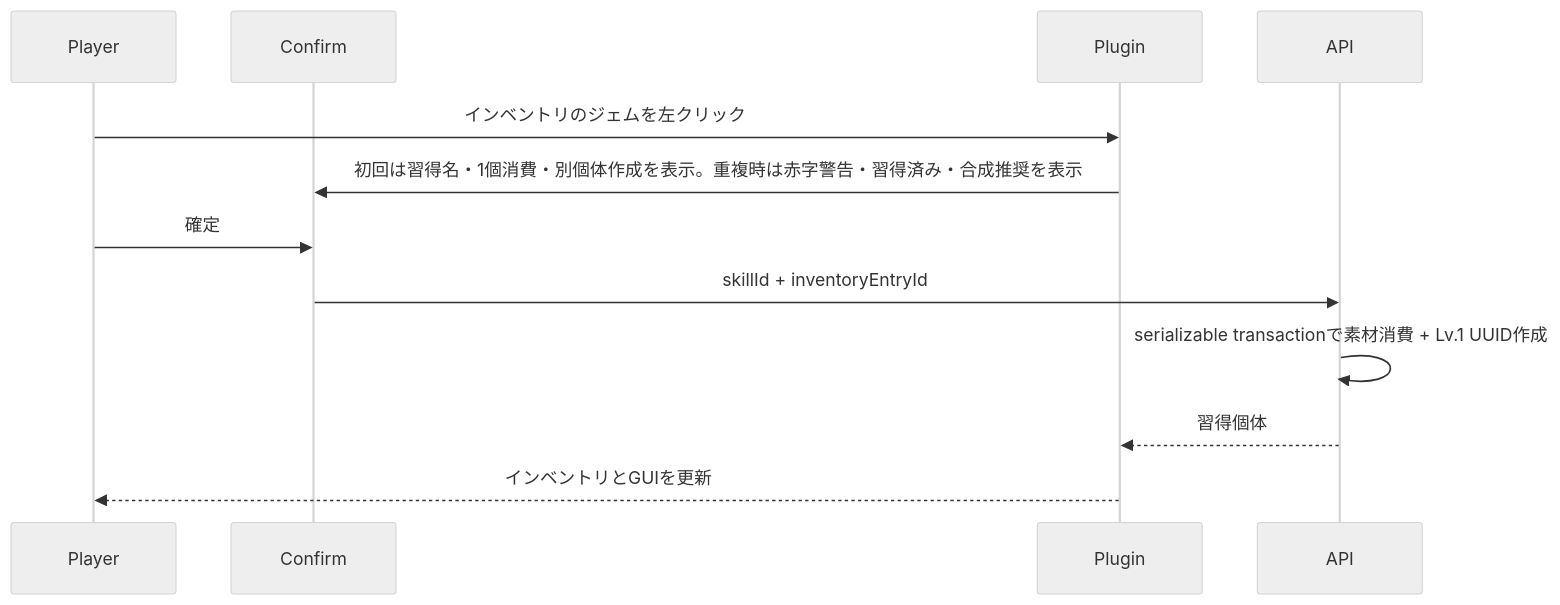
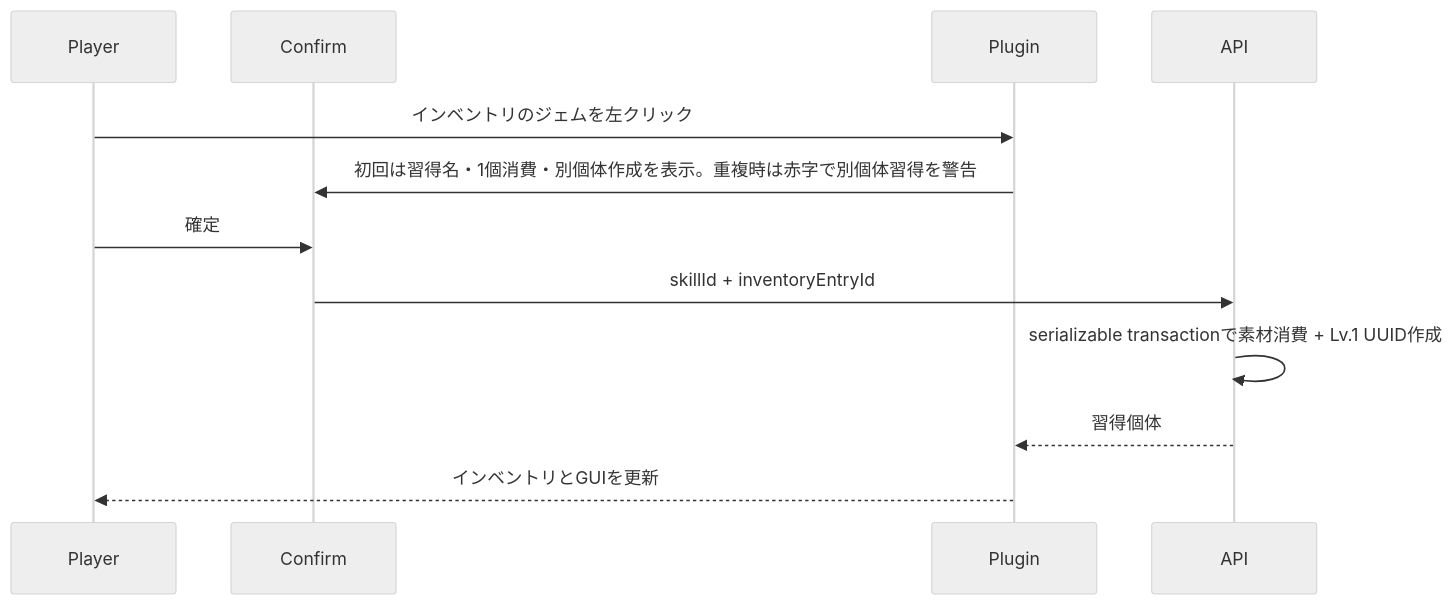
The second of 3 diagrams in 00_docs/10_Plugin設計書/feature/13-skill/4-統合フロー/13_4-スキルバインドGUI.md (maaasu/AstralRecord-Workspace), drawn with Mermaid (neutral theme) before and after one commit. The commit also changed other lines of this file and 41 other files, not shown here.

````diff
--- a/00_docs/10_Plugin設計書/feature/13-skill/4-統合フロー/13_4-スキルバインドGUI.md
+++ b/00_docs/10_Plugin設計書/feature/13-skill/4-統合フロー/13_4-スキルバインドGUI.md
@@ -38,15 +38,15 @@
 ```mermaid
 sequenceDiagram
     participant Player
     participant Confirm
     participant Plugin
     participant API
 
     Player->>Plugin: インベントリのジェムを左クリック
-    Plugin->>Confirm: 初回は習得名・1個消費・別個体作成を表示。重複時は赤字警告・習得済み・合成推奨を表示
+    Plugin->>Confirm: 初回は習得名・1個消費・別個体作成を表示。重複時は赤字で別個体習得を警告
     Player->>Confirm: 確定
     Confirm->>API: skillId + inventoryEntryId
     API->>API: serializable transactionで素材消費 + Lv.1 UUID作成
     API-->>Plugin: 習得個体
     Plugin-->>Player: インベントリとGUIを更新
 ```
````
